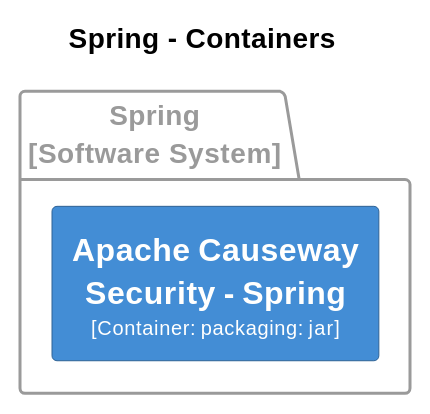
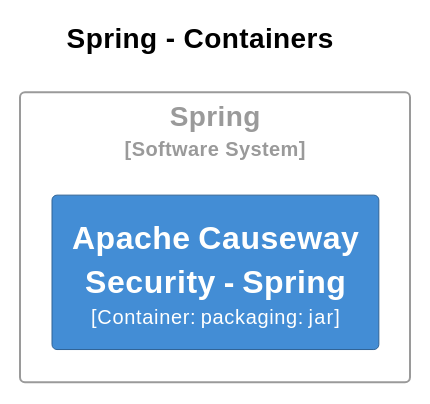
Diagram 14 of 31 in core/adoc/modules/_overview/pages/about.adoc (apache/causeway), drawn with PlantUML before and after one commit. The commit also changed other lines of this file and 4 other files, not shown here.

```diff
--- a/core/adoc/modules/_overview/pages/about.adoc
+++ b/core/adoc/modules/_overview/pages/about.adoc
@@ -2454,33 +2696,33 @@
 [plantuml,Spring,svg]
 ----
 @startuml
 set separator none
 title Spring - Containers
 
 left to right direction
 
 skinparam {
   shadowing false
   arrowFontSize 10
   defaultTextAlignment center
   wrapWidth 200
   maxMessageSize 100
 }
 
 hide stereotype
 
 skinparam rectangle<<Spring.ApacheCausewaySecuritySpring>> {
   BackgroundColor #438dd5
   FontColor #fffffe
   BorderColor #2e6295
 }
 
-package "Spring\n[Software System]" <<Spring>> {
-  skinparam PackageBorderColor<<Spring>> #9a9a9a
-  skinparam PackageFontColor<<Spring>> #9a9a9a
+rectangle "Spring\n<size:10>[Software System]</size>" <<Spring>> {
+  skinparam RectangleBorderColor<<Spring>> #9a9a9a
+  skinparam RectangleFontColor<<Spring>> #9a9a9a
 
   rectangle "==Apache Causeway Security - Spring\n<size:10>[Container: packaging: jar]</size>" <<Spring.ApacheCausewaySecuritySpring>> as Spring.ApacheCausewaySecuritySpring
 }
 
 @enduml
 ----
```
